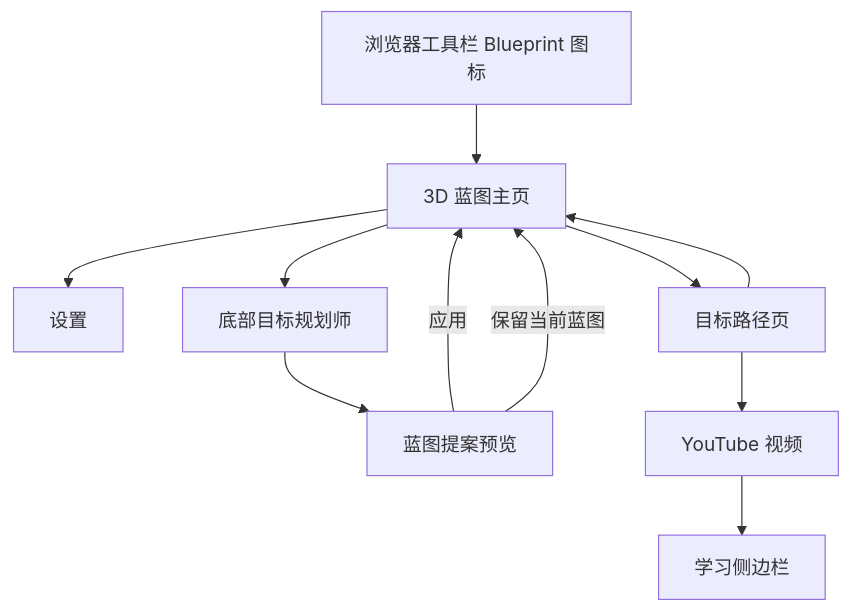
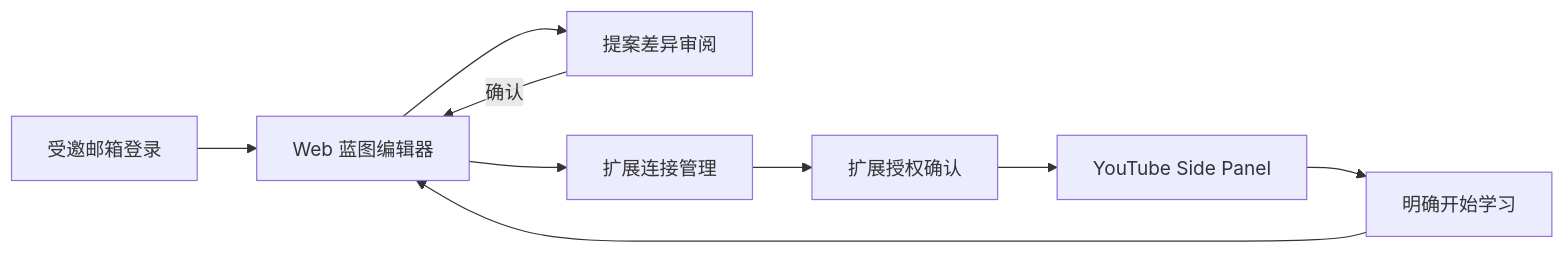
Before and after one commit to Wjiajie/youtube-digest: the diagram in docs/ui-ux-design.md, drawn with Mermaid. The commit also changed other lines of this file and 155 other files, not shown here.

````diff
--- a/docs/ui-ux-design.md
+++ b/docs/ui-ux-design.md
@@ -15,13 +11,11 @@
 ```mermaid
-flowchart TD
-  Toolbar[浏览器工具栏 Blueprint 图标] --> Home[3D 蓝图主页]
-  Home --> Settings[设置]
-  Home --> Planner[底部目标规划师]
-  Planner --> Proposal[蓝图提案预览]
-  Proposal -->|应用| Home
-  Proposal -->|保留当前蓝图| Home
-  Home --> Goal[目标路径页]
-  Goal --> Home
-  Goal --> Video[YouTube 视频]
-  Video --> SidePanel[学习侧边栏]
+flowchart LR
+  Login[受邀邮箱登录] --> Web[Web 蓝图编辑器]
+  Web --> Review[提案差异审阅]
+  Review -->|确认| Web
+  Web --> Connections[扩展连接管理]
+  Connections --> Consent[扩展授权确认]
+  Consent --> Panel[YouTube Side Panel]
+  Panel --> Session[明确开始学习]
+  Session --> Web
 ```
````
